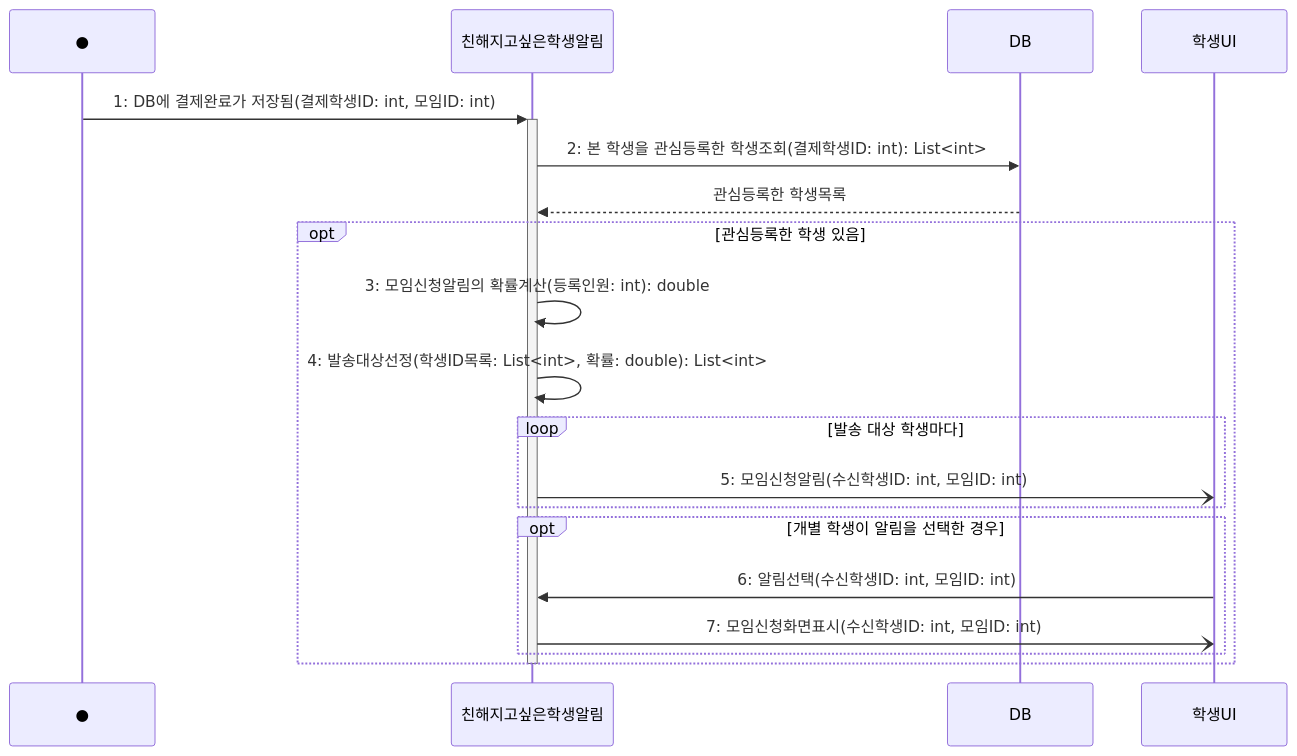
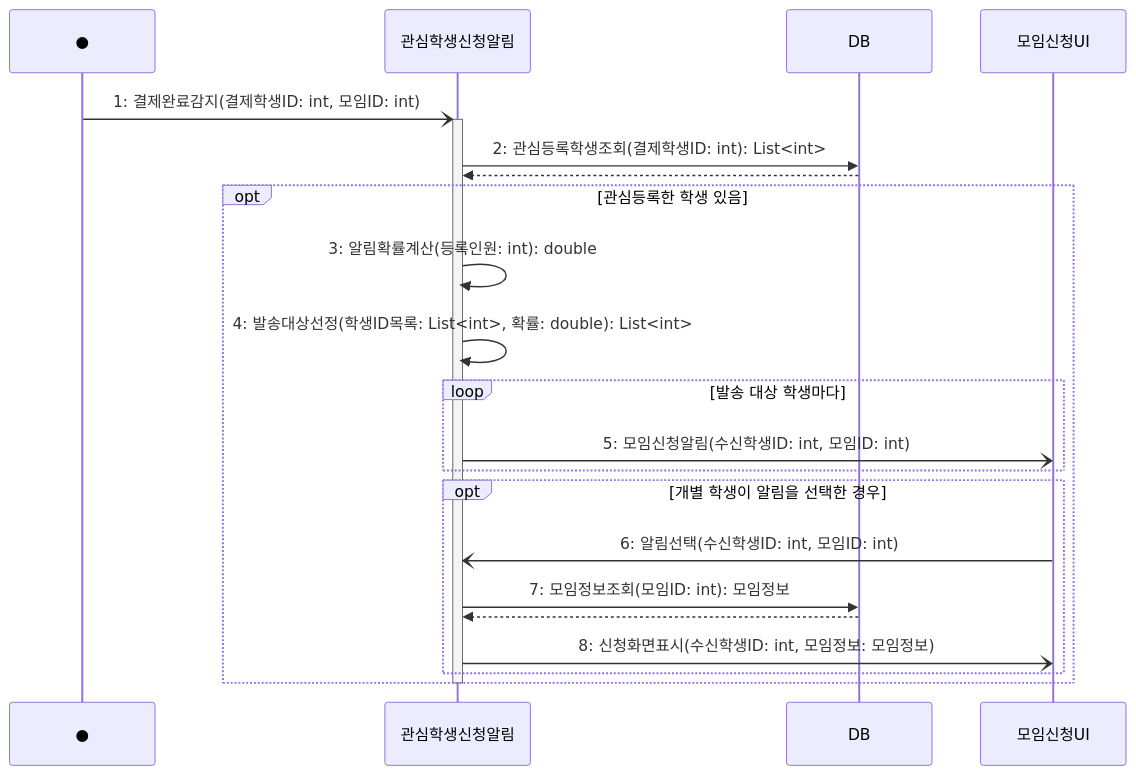
The diagram in sequence/seq-03.md (hojae3/sw-engineering-16), drawn with Mermaid before and after one commit. The commit also changed other lines of this file and 2 other files, not shown here.

Commit message:
[seq-03/req-15/seq-15] 11/23 피드백(#31·#34·#36) 반영 및 DB·UI 통합·순서 정비

````diff
--- a/sequence/seq-03.md
+++ b/sequence/seq-03.md
@@ -22,24 +22,26 @@
 ```mermaid
 sequenceDiagram
     participant Found as ●
-    participant 알림 as 친해지고싶은학생알림
+    participant 알림 as 관심학생신청알림
     participant DB as DB
-    participant 학생UI as 학생UI
+    participant 모임신청UI as 모임신청UI
 
-    Found->>+알림: 1: DB에 결제완료가 저장됨(결제학생ID: int, 모임ID: int)
-    알림->>DB: 2: 본 학생을 관심등록한 학생조회(결제학생ID: int): List<int>
-    DB-->>알림: 관심등록한 학생목록
+    Found-)+알림: 1: 결제완료감지(결제학생ID: int, 모임ID: int)
+    알림->>DB: 2: 관심등록학생조회(결제학생ID: int): List<int>
+    DB-->>알림: 
 
     opt 관심등록한 학생 있음
-        알림->>알림: 3: 모임신청알림의 확률계산(등록인원: int): double
+        알림->>알림: 3: 알림확률계산(등록인원: int): double
         알림->>알림: 4: 발송대상선정(학생ID목록: List<int>, 확률: double): List<int>
         loop 발송 대상 학생마다
-            알림-)학생UI: 5: 모임신청알림(수신학생ID: int, 모임ID: int)
+            알림-)모임신청UI: 5: 모임신청알림(수신학생ID: int, 모임ID: int)
         end
         opt 개별 학생이 알림을 선택한 경우
-            학생UI->>알림: 6: 알림선택(수신학생ID: int, 모임ID: int)
-            알림-)학생UI: 7: 모임신청화면표시(수신학생ID: int, 모임ID: int)
+            모임신청UI-)알림: 6: 알림선택(수신학생ID: int, 모임ID: int)
+            알림->>DB: 7: 모임정보조회(모임ID: int): 모임정보
+            DB-->>알림: 
+            알림-)모임신청UI: 8: 신청화면표시(수신학생ID: int, 모임정보: 모임정보)
         end
     end
     deactivate 알림
 ```
````
